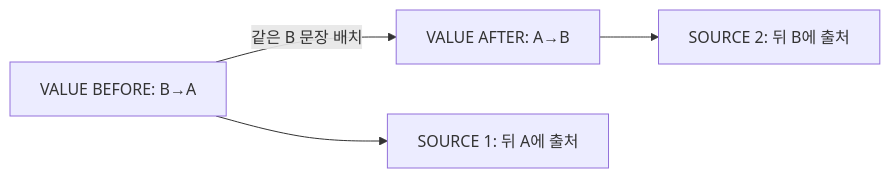
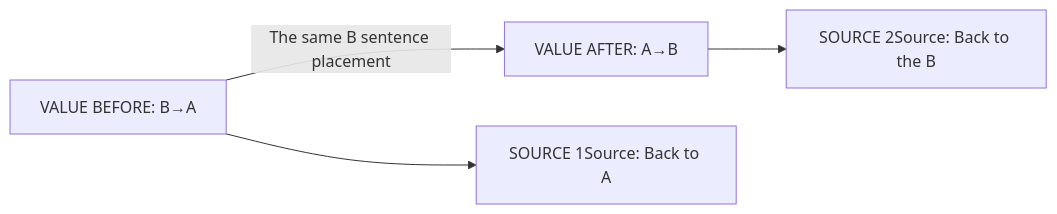
The second of 2 diagrams in src/finarch/documentation/templates/generation.md (pnu-clink/finject), drawn with Mermaid before and after one commit. The commit also changed other lines of this file and 644 other files, not shown here.

````diff
--- a/src/finarch/documentation/templates/generation.md
+++ b/src/finarch/documentation/templates/generation.md
@@ -64,6 +64,6 @@
 ```mermaid
 flowchart LR
- B["VALUE BEFORE: B→A"] -->|같은 B 문장 배치| A["VALUE AFTER: A→B"]
- B --> S1["SOURCE 1: 뒤 A에 출처"]
- A --> S2["SOURCE 2: 뒤 B에 출처"]
+ B["VALUE BEFORE: B→A"] -->|The same B sentence placement| A["VALUE AFTER: A→B"]
+ B --> S1["SOURCE 1Source: Back to A"]
+ A --> S2["SOURCE 2Source: Back to the B"]
 ```
````
